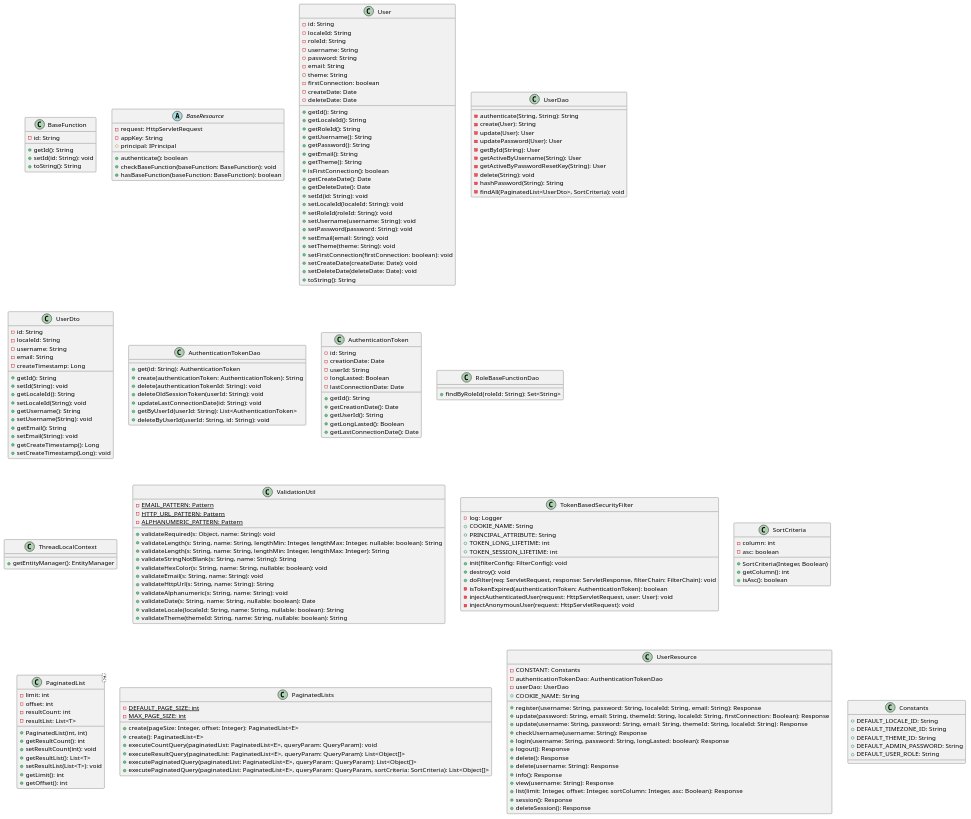
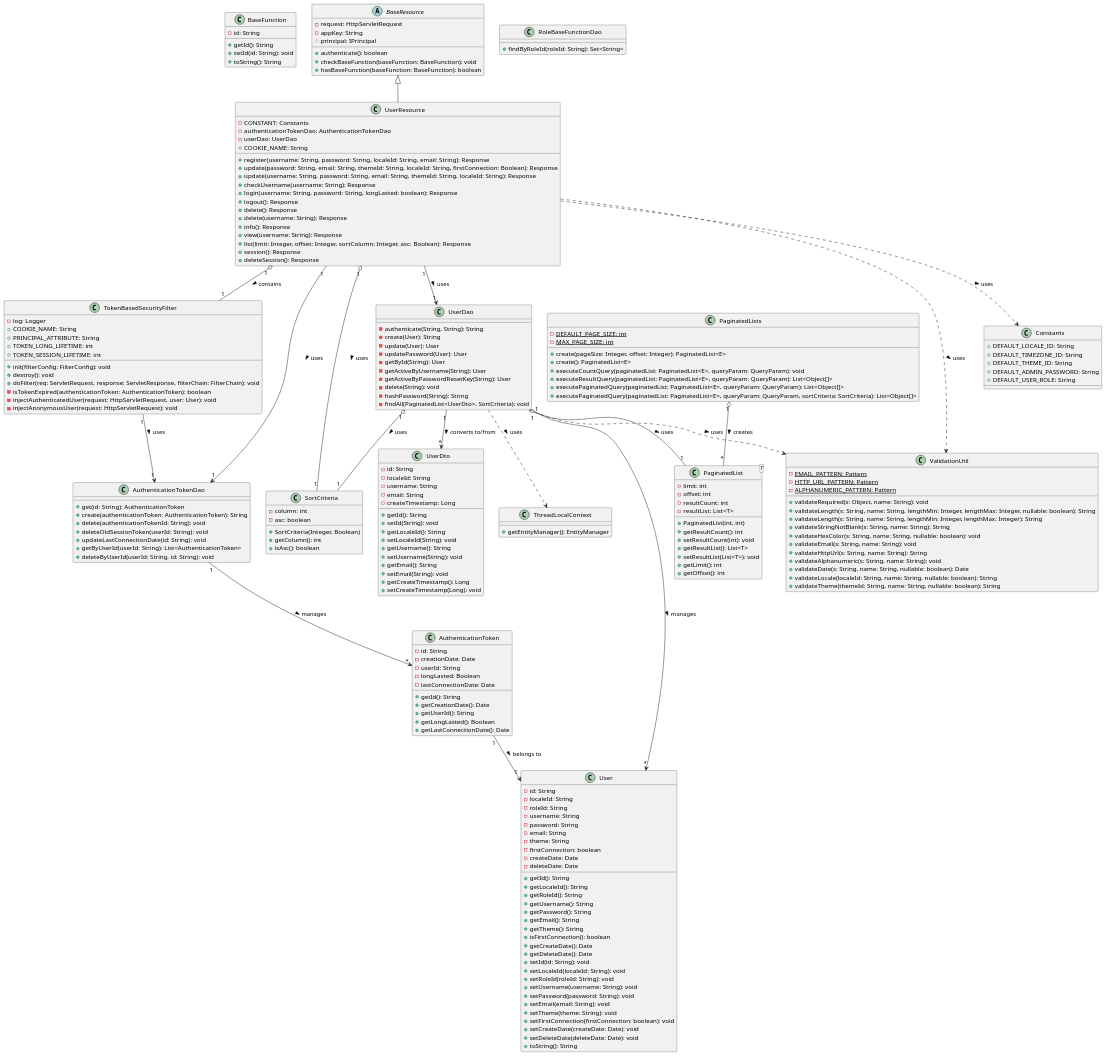
Before and after one commit to schlechter-afk/Software-Engineering-Project-1: the diagram in UML-Diagrams/user.plantuml, drawn with PlantUML.

Commit message:
realtionships v1

```diff
--- a/UML-Diagrams/user.plantuml
+++ b/UML-Diagrams/user.plantuml
@@ -207,4 +207,27 @@
     +DEFAULT_USER_ROLE: String
 }
 
+' Inheritance
+BaseResource <|-- UserResource
+
+' Associations
+UserResource "1" --> "1" UserDao : uses >
+UserResource "1" --> "1" AuthenticationTokenDao : uses >
+UserDao "1" --> "*" User : manages >
+AuthenticationTokenDao "1" --> "*" AuthenticationToken : manages >
+AuthenticationToken "1" --> "1" User : belongs to >
+UserDao "1" --> "*" UserDto : converts to/from >
+UserResource ..> Constants : uses >
+UserDao ..> ThreadLocalContext : uses >
+UserDao ..> ValidationUtil : uses >
+UserResource ..> ValidationUtil : uses >
+TokenBasedSecurityFilter "1" --> "1" AuthenticationTokenDao : uses >
+
+' Aggregations and Compositions
+UserResource "1" o-- "1" TokenBasedSecurityFilter : contains >
+PaginatedLists "1" o-- "*" PaginatedList : creates >
+UserResource "1" o-- "1" SortCriteria : uses >
+UserDao "1" o-- "1" SortCriteria : uses >
+UserDao "1" o-- "1" PaginatedList : uses >
+
 @enduml
```
